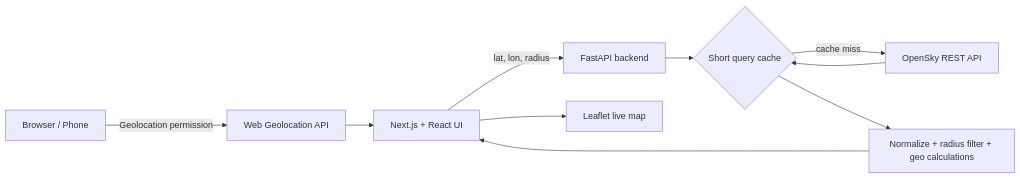
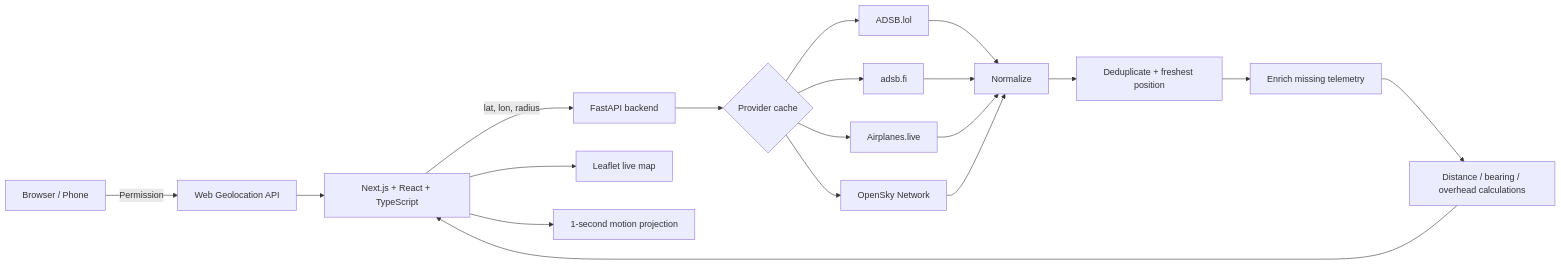
One commit to othmanayari049-wq/SkyAbove changed the diagram in README.md. Above: the diagram before and after it, drawn with Mermaid. The commit also changed other lines of this file, not shown here.

Commit message:
Upgrade README with provider strategy and paid API guidance

````diff
--- a/README.md
+++ b/README.md
@@ -47,12 +56,24 @@
 ```mermaid
 flowchart LR
-    U[Browser / Phone] -->|Geolocation permission| G[Web Geolocation API]
-    G --> F[Next.js + React UI]
+    U[Browser / Phone] -->|Permission| G[Web Geolocation API]
+    G --> F[Next.js + React + TypeScript]
     F -->|lat, lon, radius| B[FastAPI backend]
-    B --> C{Short query cache}
-    C -->|cache miss| O[OpenSky REST API]
-    O --> C
-    C --> P[Normalize + radius filter + geo calculations]
-    P --> F
+
+    B --> C{Provider cache}
+    C --> L[ADSB.lol]
+    C --> A[adsb.fi]
+    C --> P[Airplanes.live]
+    C --> O[OpenSky Network]
+
+    L --> X[Normalize]
+    A --> X
+    P --> X
+    O --> X
+
+    X --> D[Deduplicate + freshest position]
+    D --> E[Enrich missing telemetry]
+    E --> H[Distance / bearing / overhead calculations]
+    H --> F
     F --> M[Leaflet live map]
+    F --> Q[1-second motion projection]
 ```
````
